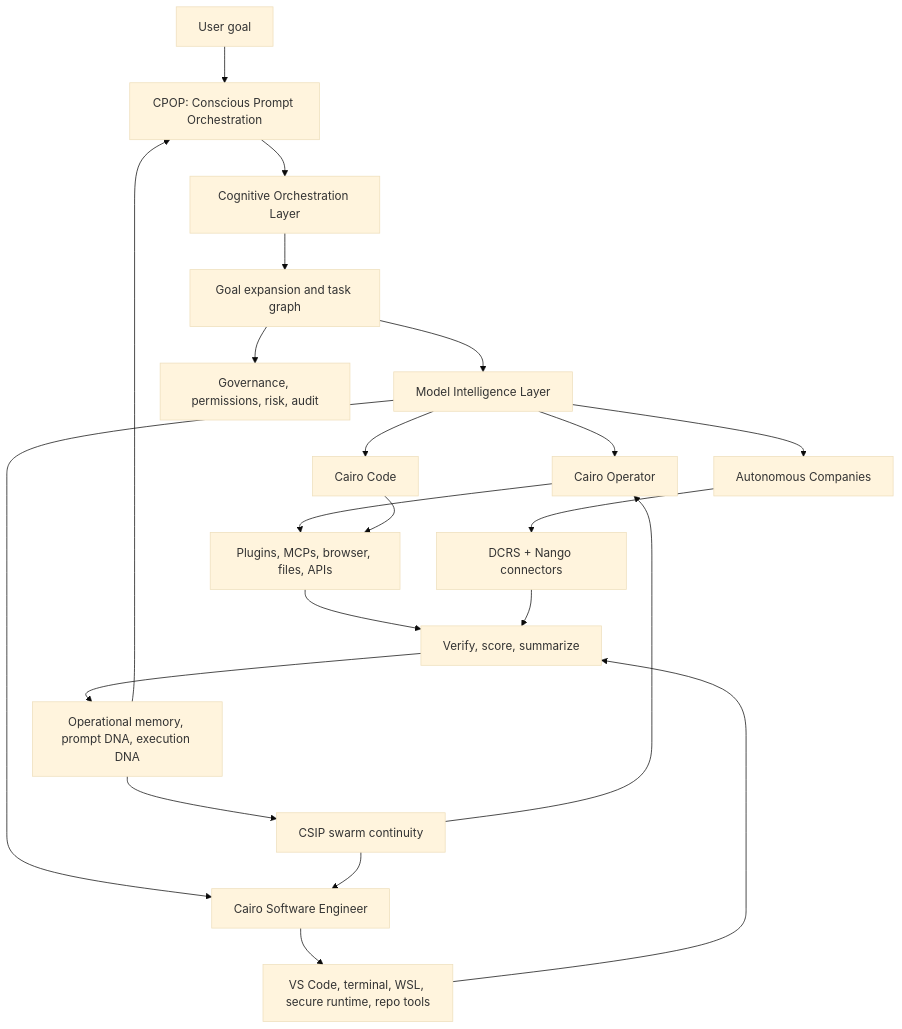
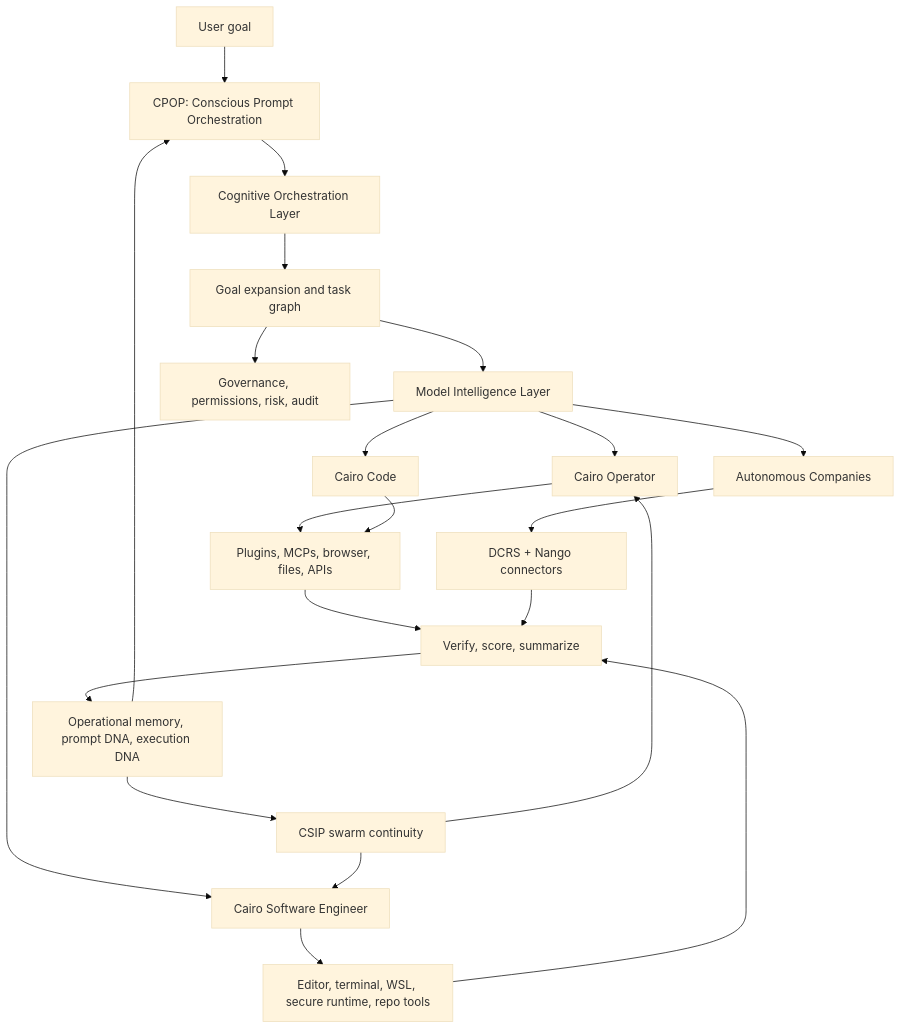
The second of 2 diagrams in README.md (dubbypanda/CAIRO-Conscious-Harness), drawn with Mermaid (base theme) before and after one commit. The commit also changed other lines of this file and 8 other files, not shown here.

````diff
--- a/README.md
+++ b/README.md
@@ -132,24 +227,24 @@
 ```mermaid
 flowchart TD
     U["User goal"] --> CPOP["CPOP: Conscious Prompt Orchestration"]
     CPOP --> COL["Cognitive Orchestration Layer"]
     COL --> TG["Goal expansion and task graph"]
     TG --> MIL["Model Intelligence Layer"]
     TG --> GOV["Governance, permissions, risk, audit"]
     MIL --> OP["Cairo Operator"]
     MIL --> CODE["Cairo Code"]
     MIL --> SE["Cairo Software Engineer"]
     MIL --> AC["Autonomous Companies"]
     OP --> TOOLS["Plugins, MCPs, browser, files, APIs"]
     CODE --> TOOLS
-    SE --> DEV["VS Code, terminal, WSL, secure runtime, repo tools"]
+    SE --> DEV["Editor, terminal, WSL, secure runtime, repo tools"]
     AC --> DCRS["DCRS + Nango connectors"]
     TOOLS --> VERIFY["Verify, score, summarize"]
     DEV --> VERIFY
     DCRS --> VERIFY
     VERIFY --> MEMORY["Operational memory, prompt DNA, execution DNA"]
     MEMORY --> CPOP
     MEMORY --> CSIP["CSIP swarm continuity"]
     CSIP --> OP
     CSIP --> SE
 ```
````
